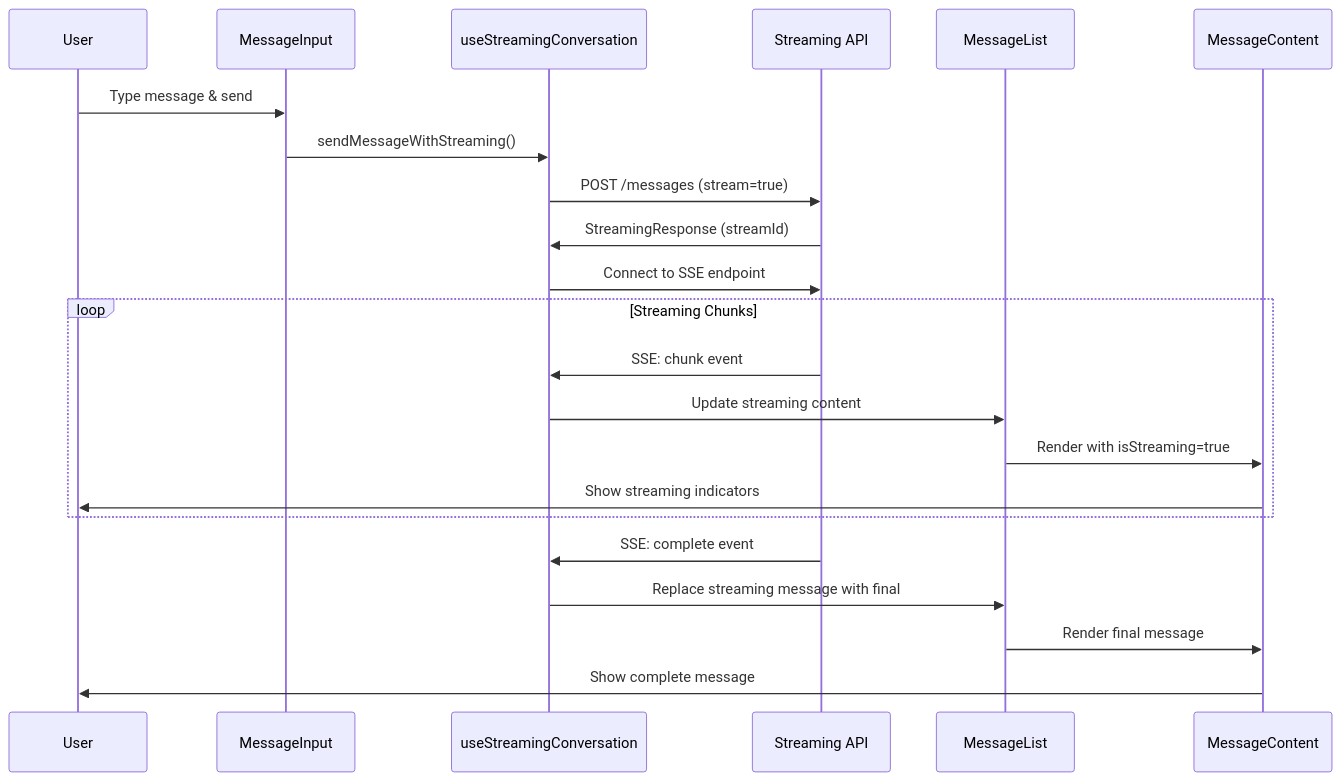
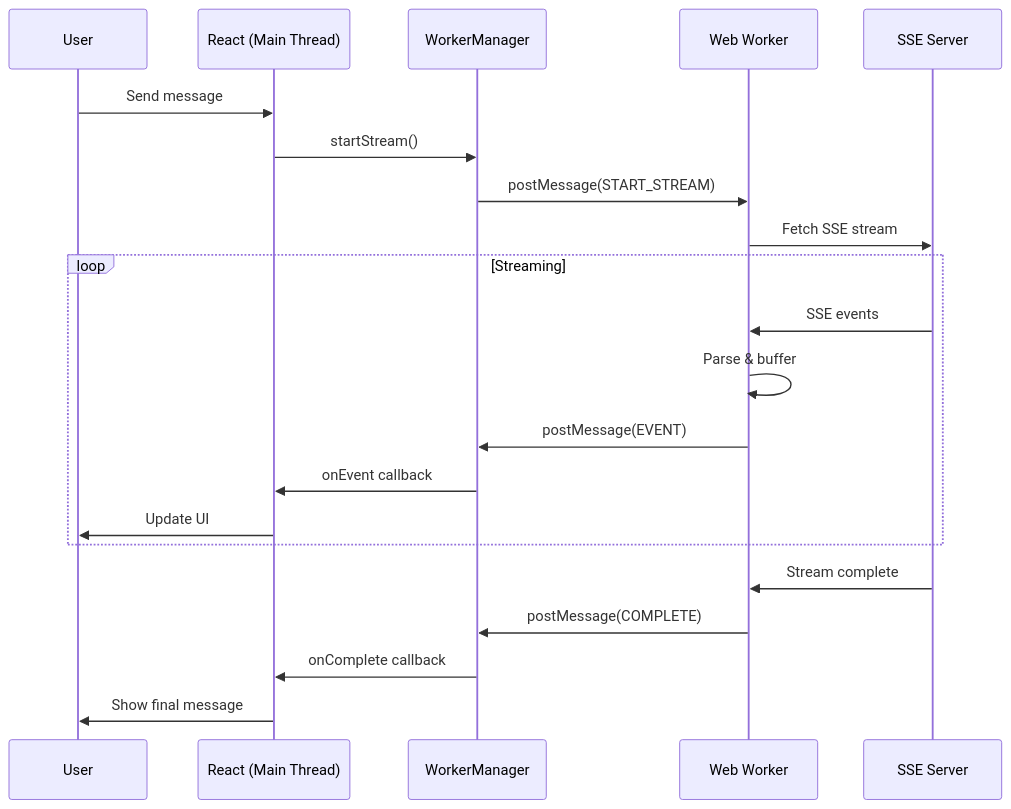
One commit to theingenuityco/starships.ai changed the diagram in packages/client/README-STREAMING.md. Above: the diagram before and after it, drawn with Mermaid. The commit also changed other lines of this file and 111 other files, not shown here.

First line of the commit message:
feat: overhauling autopilot events and improving SSE (#243)

````diff
--- a/packages/client/README-STREAMING.md
+++ b/packages/client/README-STREAMING.md
@@ -84,27 +76,26 @@
 ```mermaid
 sequenceDiagram
     participant User
-    participant Input as MessageInput
-    participant Hook as useStreamingConversation
-    participant Server as Streaming API
-    participant List as MessageList
-    participant Content as MessageContent
+    participant React as React (Main Thread)
+    participant Manager as WorkerManager
+    participant Worker as Web Worker
+    participant Server as SSE Server
 
-    User->>Input: Type message & send
-    Input->>Hook: sendMessageWithStreaming()
-    Hook->>Server: POST /messages (stream=true)
-    Server->>Hook: StreamingResponse (streamId)
-    Hook->>Server: Connect to SSE endpoint
+    User->>React: Send message
+    React->>Manager: startStream()
+    Manager->>Worker: postMessage(START_STREAM)
+    Worker->>Server: Fetch SSE stream
 
-    loop Streaming Chunks
-        Server->>Hook: SSE: chunk event
-        Hook->>List: Update streaming content
-        List->>Content: Render with isStreaming=true
-        Content->>User: Show streaming indicators
+    loop Streaming
+        Server->>Worker: SSE events
+        Worker->>Worker: Parse & buffer
+        Worker->>Manager: postMessage(EVENT)
+        Manager->>React: onEvent callback
+        React->>User: Update UI
     end
 
-    Server->>Hook: SSE: complete event
-    Hook->>List: Replace streaming message with final
-    List->>Content: Render final message
-    Content->>User: Show complete message
+    Server->>Worker: Stream complete
+    Worker->>Manager: postMessage(COMPLETE)
+    Manager->>React: onComplete callback
+    React->>User: Show final message
 ```
````
